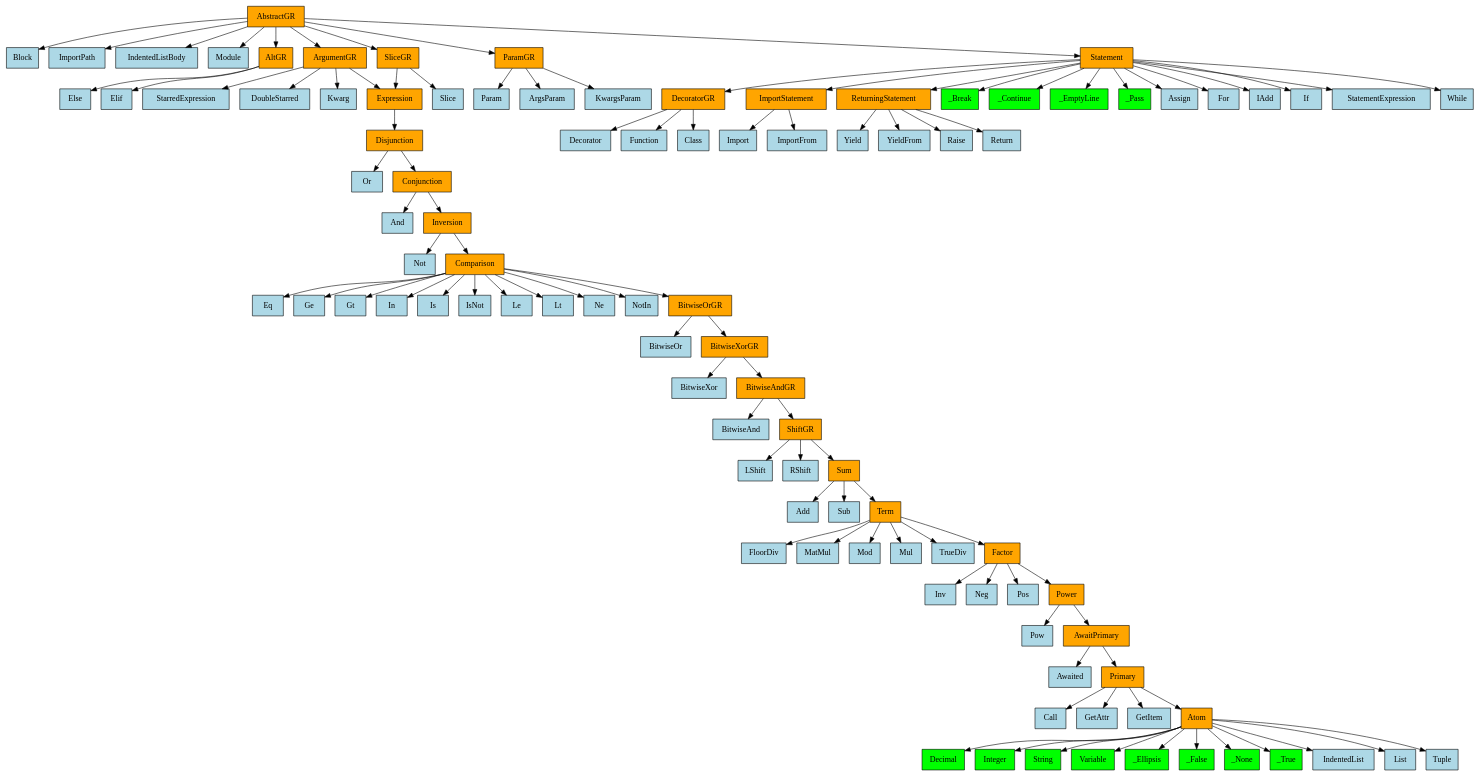
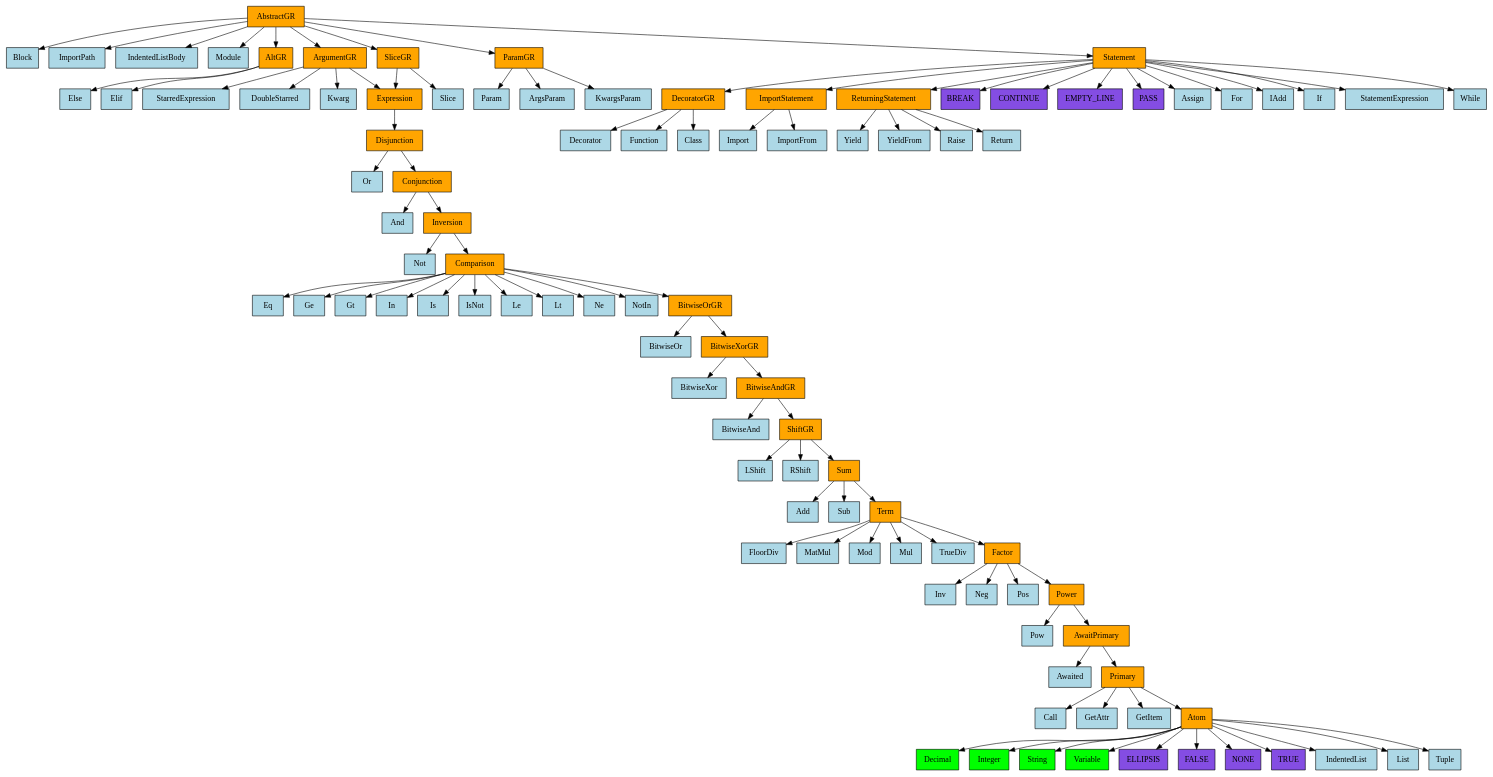
Before and after one commit to GabrielAmare/Language: the diagram in language/base/python/v3_10_0/mro_graph.gv, drawn with Graphviz. The commit also changed 8 other files, not shown here.

```diff
--- a/language/base/python/v3_10_0/mro_graph.gv
+++ b/language/base/python/v3_10_0/mro_graph.gv
@@ -9,10 +9,10 @@
 	7 [label=ParamGR fillcolor=orange shape=rect style=filled]
 	8 [label=SliceGR fillcolor=orange shape=rect style=filled]
 	9 [label=Statement fillcolor=orange shape=rect style=filled]
-	10 [label=_Break fillcolor=lime shape=rect style=filled]
-	11 [label=_Continue fillcolor=lime shape=rect style=filled]
-	12 [label=_EmptyLine fillcolor=lime shape=rect style=filled]
-	13 [label=_Pass fillcolor=lime shape=rect style=filled]
+	10 [label=BREAK fillcolor="#844de3" shape=rect style=filled]
+	11 [label=CONTINUE fillcolor="#844de3" shape=rect style=filled]
+	12 [label=EMPTY_LINE fillcolor="#844de3" shape=rect style=filled]
+	13 [label=PASS fillcolor="#844de3" shape=rect style=filled]
 	14 [label=ArgsParam fillcolor=lightblue shape=rect style=filled]
 	15 [label=Assign fillcolor=lightblue shape=rect style=filled]
 	16 [label=DoubleStarred fillcolor=lightblue shape=rect style=filled]
@@ -93,10 +93,10 @@
 	91 [label=Integer fillcolor=lime shape=rect style=filled]
 	92 [label=String fillcolor=lime shape=rect style=filled]
 	93 [label=Variable fillcolor=lime shape=rect style=filled]
-	94 [label=_Ellipsis fillcolor=lime shape=rect style=filled]
-	95 [label=_False fillcolor=lime shape=rect style=filled]
-	96 [label=_None fillcolor=lime shape=rect style=filled]
-	97 [label=_True fillcolor=lime shape=rect style=filled]
+	94 [label=ELLIPSIS fillcolor="#844de3" shape=rect style=filled]
+	95 [label=FALSE fillcolor="#844de3" shape=rect style=filled]
+	96 [label=NONE fillcolor="#844de3" shape=rect style=filled]
+	97 [label=TRUE fillcolor="#844de3" shape=rect style=filled]
 	98 [label=IndentedList fillcolor=lightblue shape=rect style=filled]
 	99 [label=List fillcolor=lightblue shape=rect style=filled]
 	100 [label=Tuple fillcolor=lightblue shape=rect style=filled]
```
